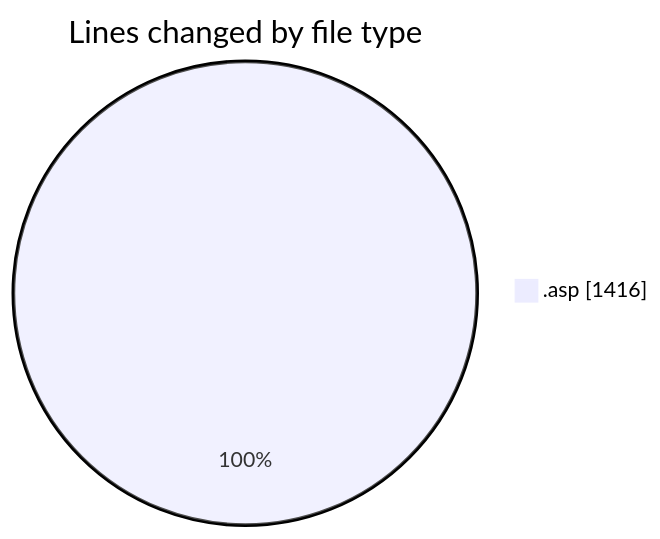
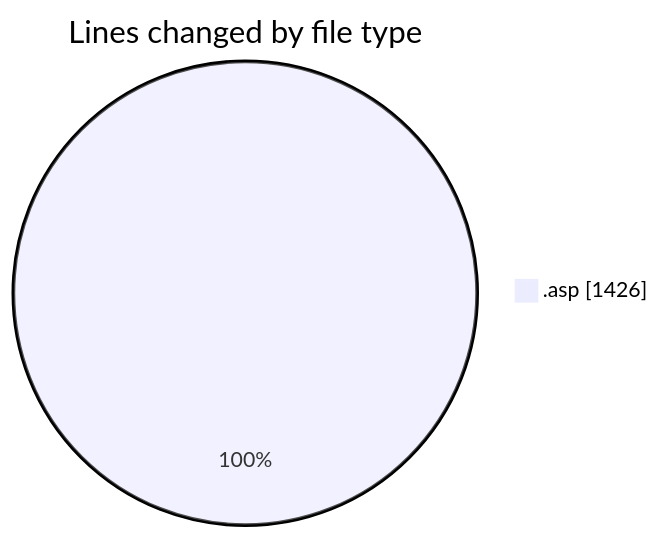
One commit to julien-gomy/code-tracking changed the first of 2 diagrams in 2025-11-23/cdp_aleoudev_fr__workspace_/README.md. Above: the diagram before and after it, drawn with Mermaid. The commit also changed other lines of this file and 1 other file, not shown here.

````diff
--- a/2025-11-23/cdp_aleoudev_fr__workspace_/README.md
+++ b/2025-11-23/cdp_aleoudev_fr__workspace_/README.md
@@ -22,5 +22,5 @@
 ```mermaid
 pie showData
 title Lines changed by file type
-".asp" : 1416
+".asp" : 1426
 ```
````
